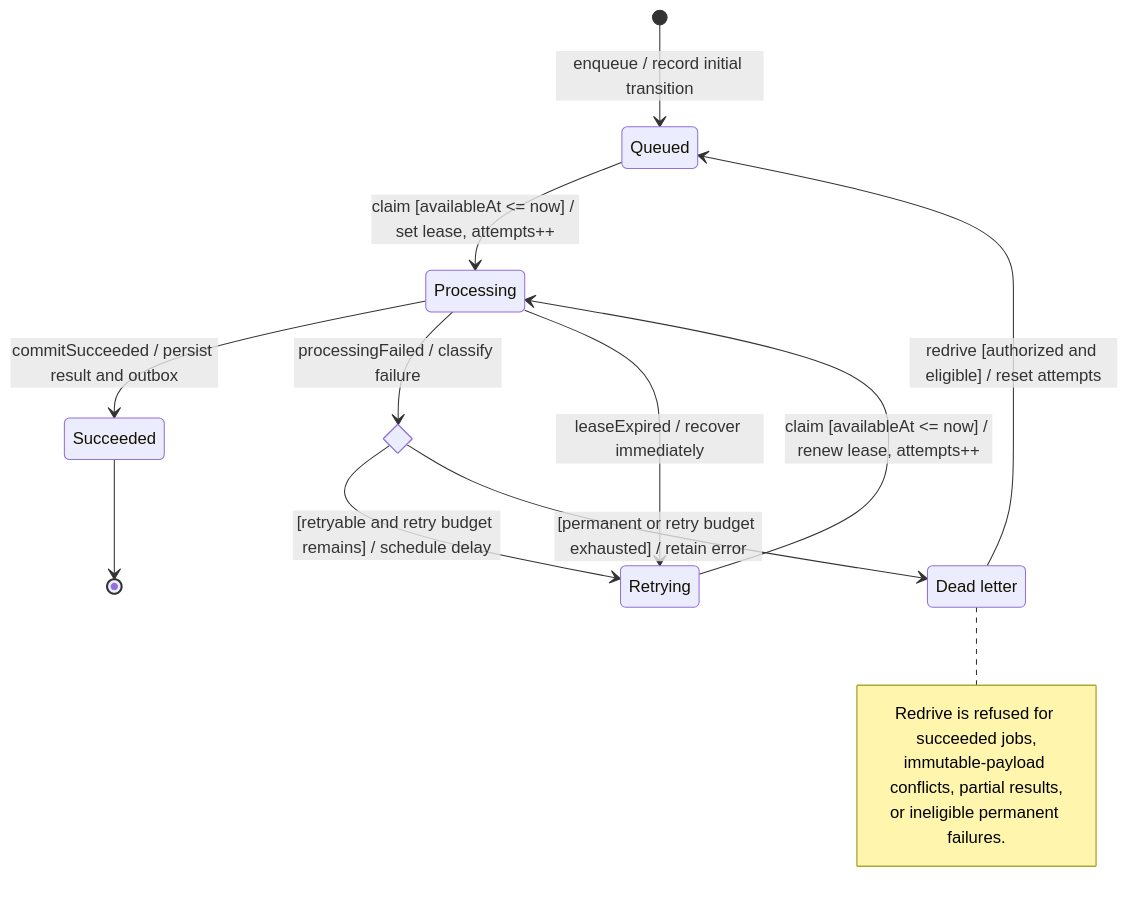
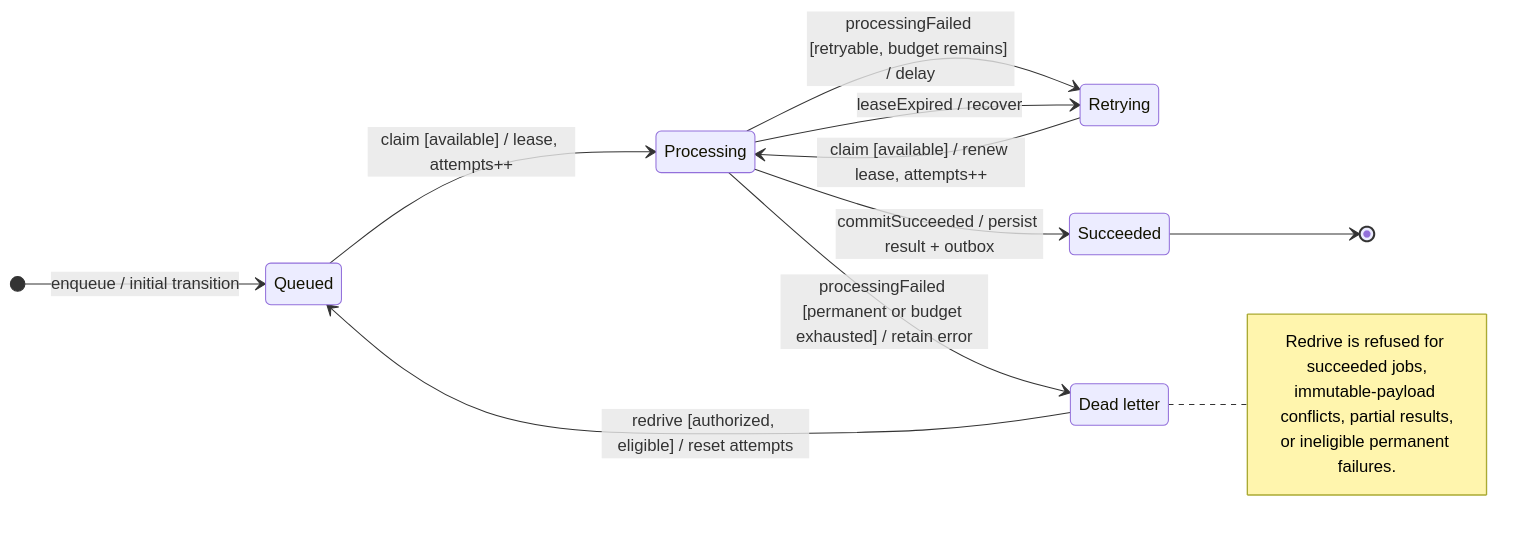
Before and after one commit to ZakariaElKhaldi/4iir-sr: the diagram in diagrams/04-ingestion-states.mmd, drawn with Mermaid. The commit also changed 46 other files, not shown here.

```diff
--- a/diagrams/04-ingestion-states.mmd
+++ b/diagrams/04-ingestion-states.mmd
@@ -1,26 +1,23 @@
 stateDiagram-v2
-    direction TB
+    direction LR
 
     state "Queued" as queued
     state "Processing" as processing
     state "Retrying" as retrying
     state "Dead letter" as deadLetter
     state "Succeeded" as succeeded
-    state failureChoice <<choice>>
-
-    [*] --> queued : enqueue / record initial transition
-    queued --> processing : claim [availableAt <= now] / set lease, attempts++
-    retrying --> processing : claim [availableAt <= now] / renew lease, attempts++
-    processing --> succeeded : commitSucceeded / persist result and outbox
-    processing --> failureChoice : processingFailed / classify failure
-    failureChoice --> retrying : [retryable and retry budget remains] / schedule delay
-    failureChoice --> deadLetter : [permanent or retry budget exhausted] / retain error
-    processing --> retrying : leaseExpired / recover immediately
-    deadLetter --> queued : redrive [authorized and eligible] / reset attempts
+    [*] --> queued : enqueue / initial transition
+    queued --> processing : claim [available] / lease, attempts++
+    retrying --> processing : claim [available] / renew lease, attempts++
+    processing --> succeeded : commitSucceeded / persist result + outbox
+    processing --> retrying : processingFailed [retryable, budget remains] / delay
+    processing --> deadLetter : processingFailed [permanent or budget exhausted] / retain error
+    processing --> retrying : leaseExpired / recover
+    deadLetter --> queued : redrive [authorized, eligible] / reset attempts
     succeeded --> [*]
 
     note right of deadLetter
         Redrive is refused for succeeded jobs,
         immutable-payload conflicts, partial results,
         or ineligible permanent failures.
     end note
```
